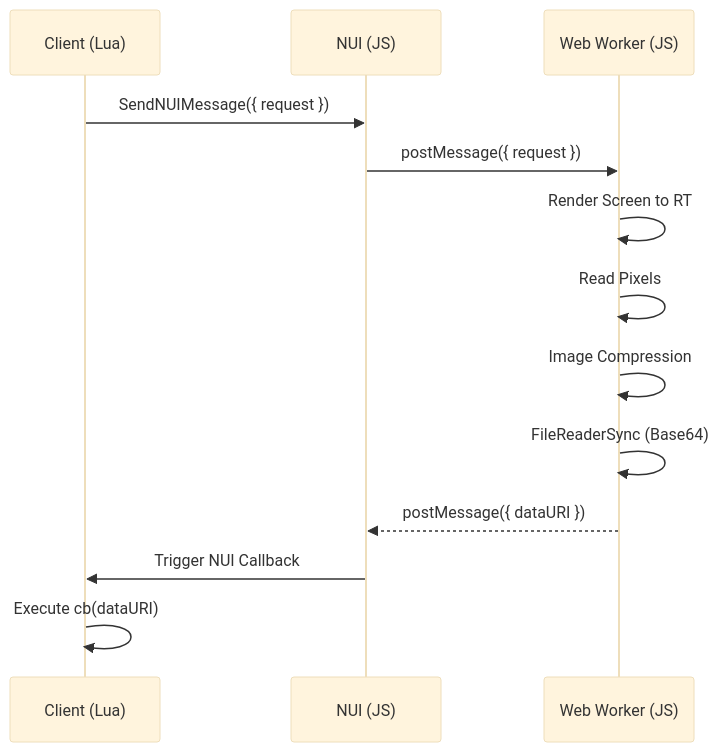
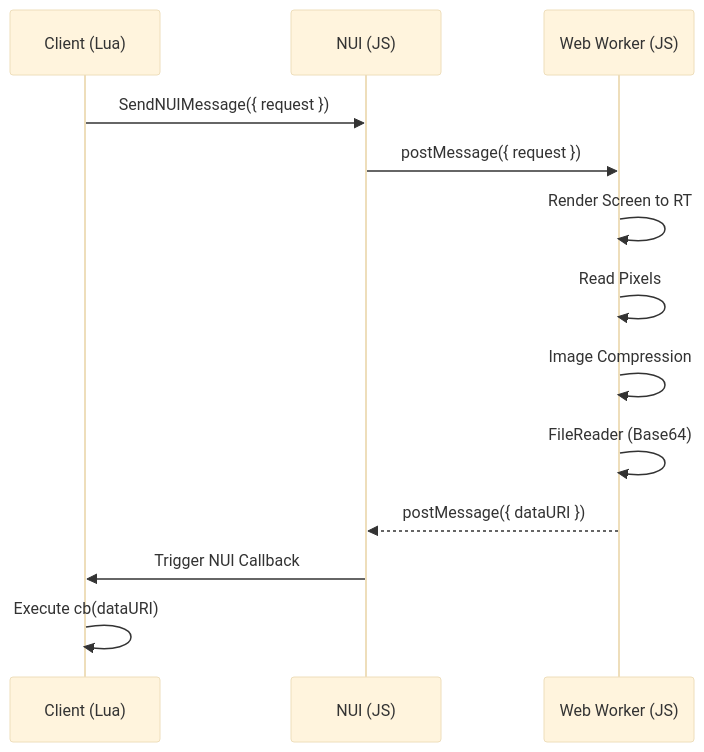
The first of 3 diagrams in README.md (betters-dev/screenshot-basic), drawn with Mermaid (base theme) before and after one commit. The commit also changed other lines of this file, not shown here.

````diff
--- a/README.md
+++ b/README.md
@@ -56,16 +57,16 @@
 ```mermaid
 sequenceDiagram
     participant Lua as Client (Lua)
     participant NUI as NUI (JS)
     participant Worker as Web Worker (JS)
 
     Lua->>NUI: SendNUIMessage({ request })
     NUI->>Worker: postMessage({ request })
     Worker->>Worker: Render Screen to RT
     Worker->>Worker: Read Pixels
     Worker->>Worker: Image Compression
-    Worker->>Worker: FileReaderSync (Base64)
+    Worker->>Worker: FileReader (Base64)
     Worker-->>NUI: postMessage({ dataURI })
     NUI->>Lua: Trigger NUI Callback
     Lua->>Lua: Execute cb(dataURI)
 ```
````
